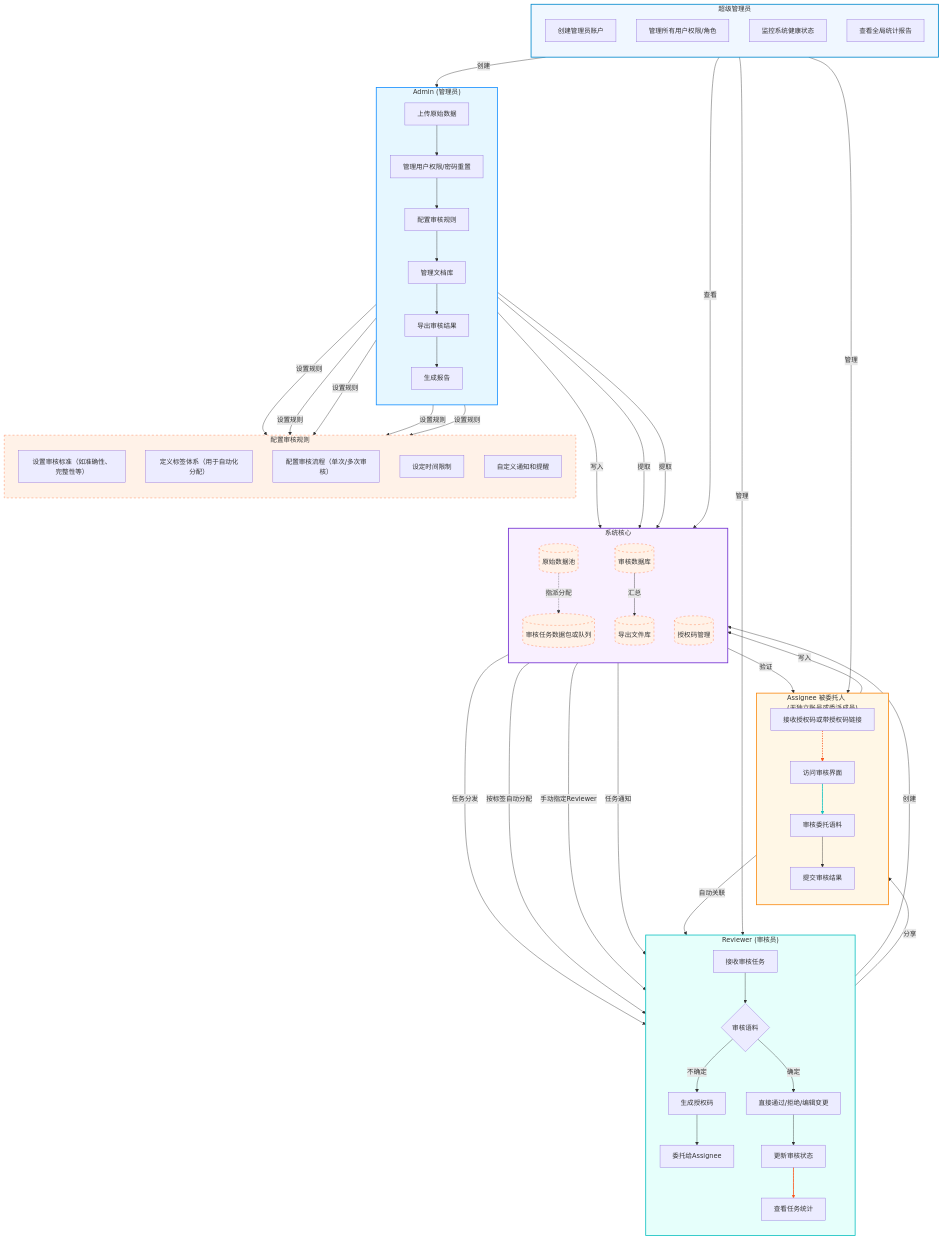
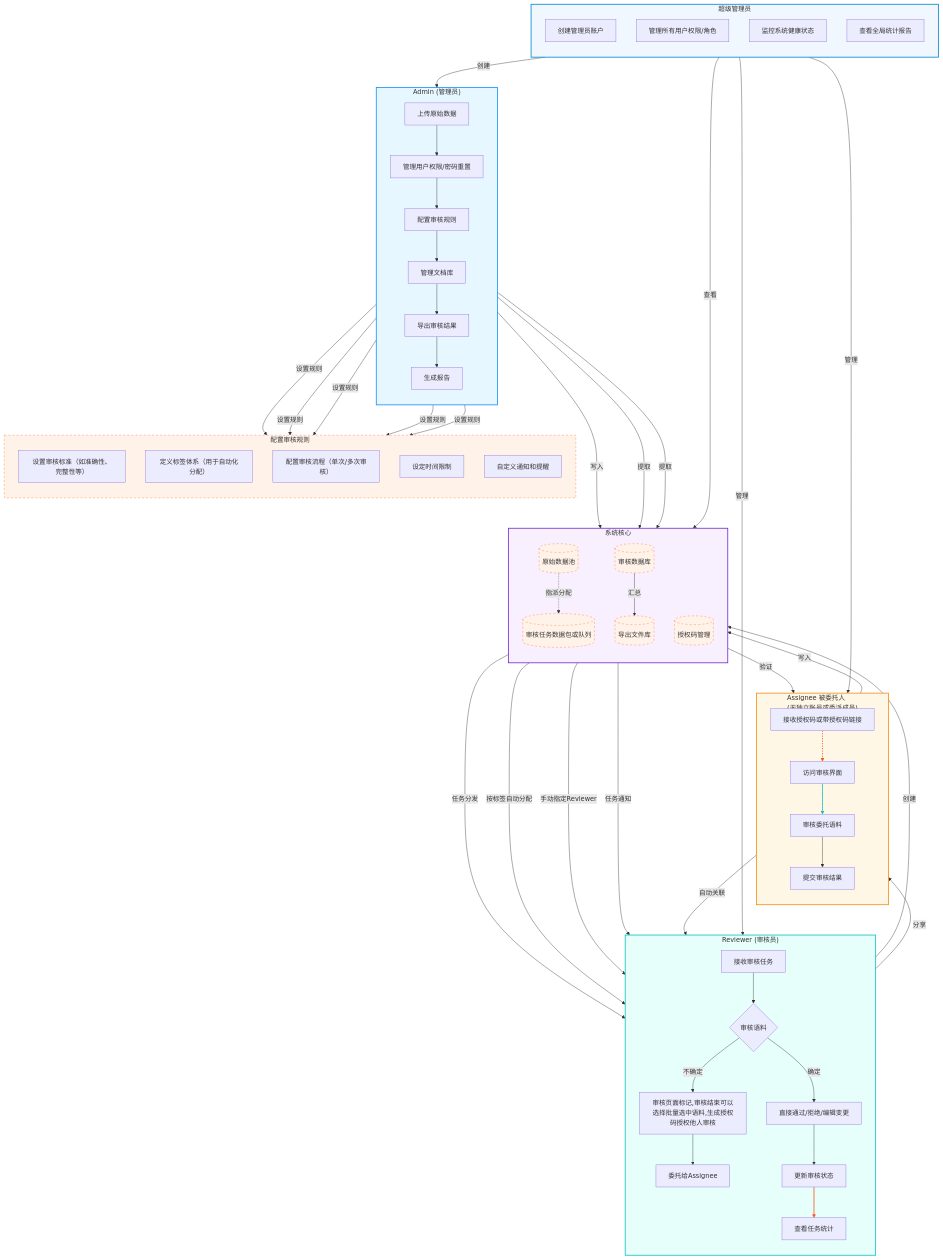
Before and after one commit to zinodynn/revdata: the diagram in README.md, drawn with Mermaid. The commit also changed other lines of this file and 19 other files, not shown here.

```diff
--- a/README.md
+++ b/README.md
@@ -27,7 +27,7 @@
         direction TB
         R1[接收审核任务] --> R2{审核语料}
         R2 -->|确定| R3[直接通过/拒绝/编辑变更]
-        R2 -->|不确定| R4[生成授权码]
+        R2 -->|不确定| R4[审核页面标记,审核结束可以选择批量选中语料,生成授权码授权他人审核]
         R4 --> R5[委托给Assignee]
         R3 --> R6[更新审核状态]
         R6 --> R7[查看任务统计]
```
